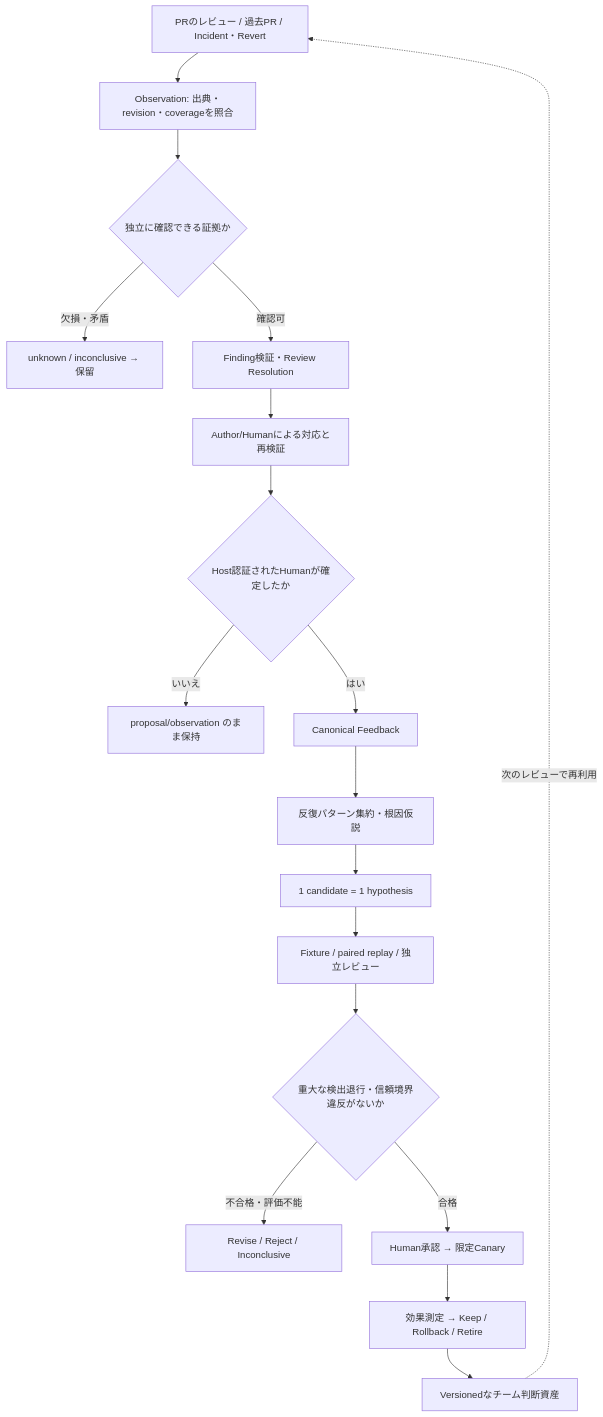
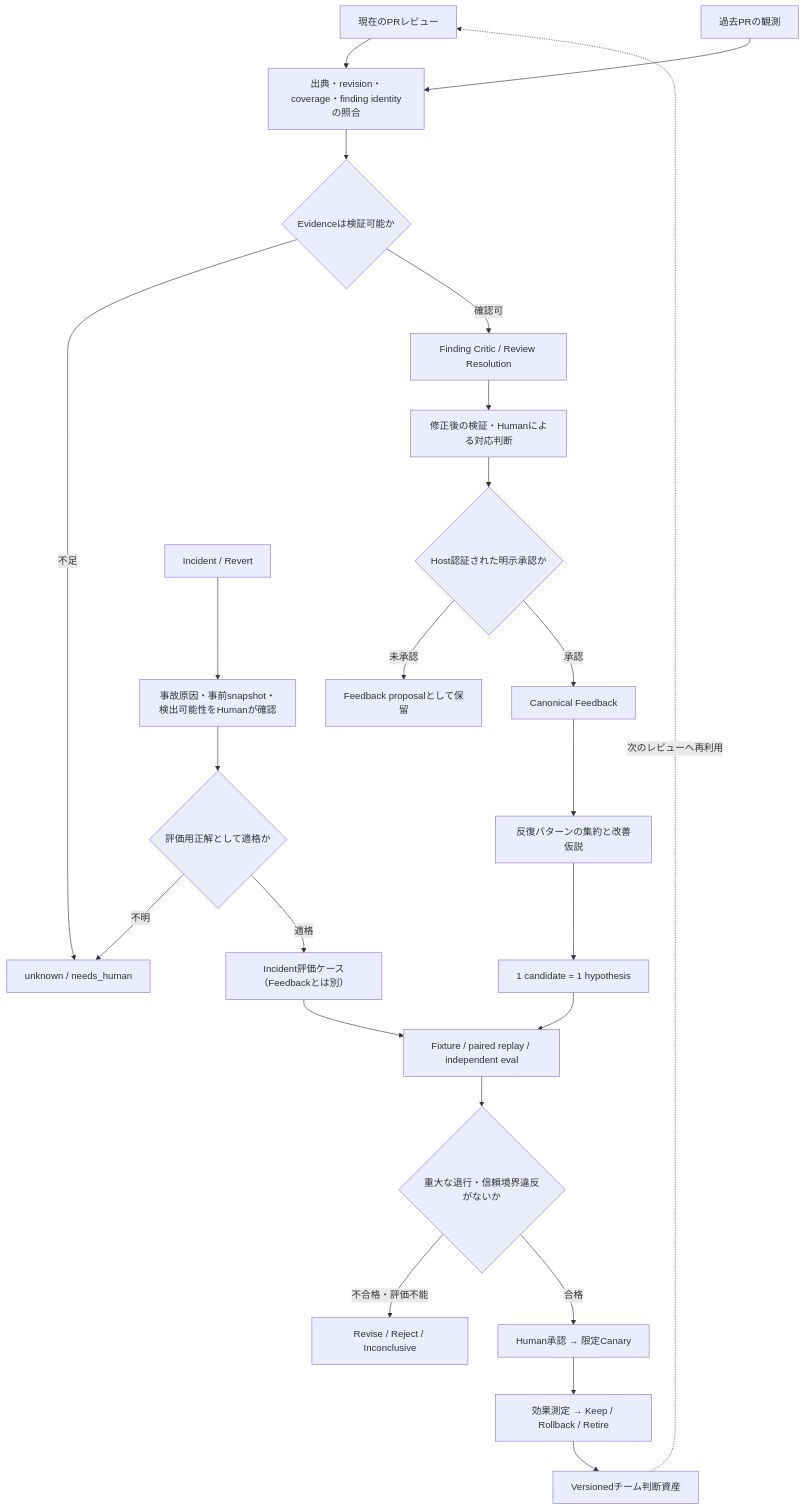
Before and after one commit to s977043/river-review: the diagram in docs/development/review-judgment-learning-loop.md, drawn with Mermaid. The commit also changed other lines of this file, not shown here.

Commit message:
docs(review): separate incident evaluation oracle from Human-approved feedback

```diff
--- a/docs/development/review-judgment-learning-loop.md
+++ b/docs/development/review-judgment-learning-loop.md
@@ -17,20 +17,26 @@
 ~~~mermaid
 flowchart TD
-    A["PRのレビュー / 過去PR / Incident・Revert"] --> B["Observation: 出典・revision・coverageを照合"]
-    B --> C{"独立に確認できる証拠か"}
-    C -- "欠損・矛盾" --> U["unknown / inconclusive → 保留"]
-    C -- "確認可" --> D["Finding検証・Review Resolution"]
-    D --> E["Author/Humanによる対応と再検証"]
-    E --> F{"Host認証されたHumanが確定したか"}
-    F -- "いいえ" --> H["proposal/observation のまま保持"]
-    F -- "はい" --> G["Canonical Feedback"]
-    G --> I["反復パターン集約・根因仮説"]
+    A1["現在のPRレビュー"] --> B["出典・revision・coverage・finding identityの照合"]
+    A2["過去PRの観測"] --> B
+    B --> C{"Evidenceは検証可能か"}
+    C -- "不足" --> U["unknown / needs_human"]
+    C -- "確認可" --> D["Finding Critic / Review Resolution"]
+    D --> E["修正後の検証・Humanによる対応判断"]
+    E --> F{"Host認証された明示承認か"}
+    F -- "未承認" --> H["Feedback proposalとして保留"]
+    F -- "承認" --> G["Canonical Feedback"]
+    G --> I["反復パターンの集約と改善仮説"]
+    A3["Incident / Revert"] --> X["事故原因・事前snapshot・検出可能性をHumanが確認"]
+    X --> Y{"評価用正解として適格か"}
+    Y -- "不明" --> U
+    Y -- "適格" --> Z["Incident評価ケース（Feedbackとは別）"]
     I --> J["1 candidate = 1 hypothesis"]
-    J --> K["Fixture / paired replay / 独立レビュー"]
-    K --> L{"重大な検出退行・信頼境界違反がないか"}
+    J --> K["Fixture / paired replay / independent eval"]
+    Z --> K
+    K --> L{"重大な退行・信頼境界違反がないか"}
     L -- "不合格・評価不能" --> M["Revise / Reject / Inconclusive"]
     L -- "合格" --> N["Human承認 → 限定Canary"]
     N --> O["効果測定 → Keep / Rollback / Retire"]
-    O --> P["Versionedなチーム判断資産"]
-    P -. "次のレビューで再利用" .-> A
+    O --> P["Versionedチーム判断資産"]
+    P -. "次のレビューへ再利用" .-> A1
 ~~~
```
